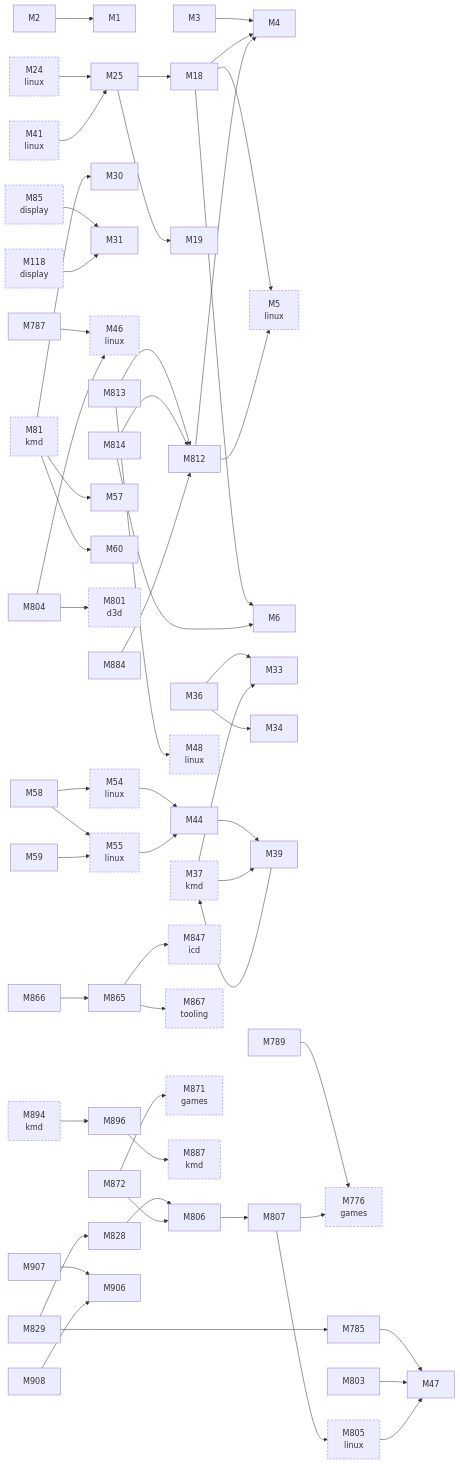
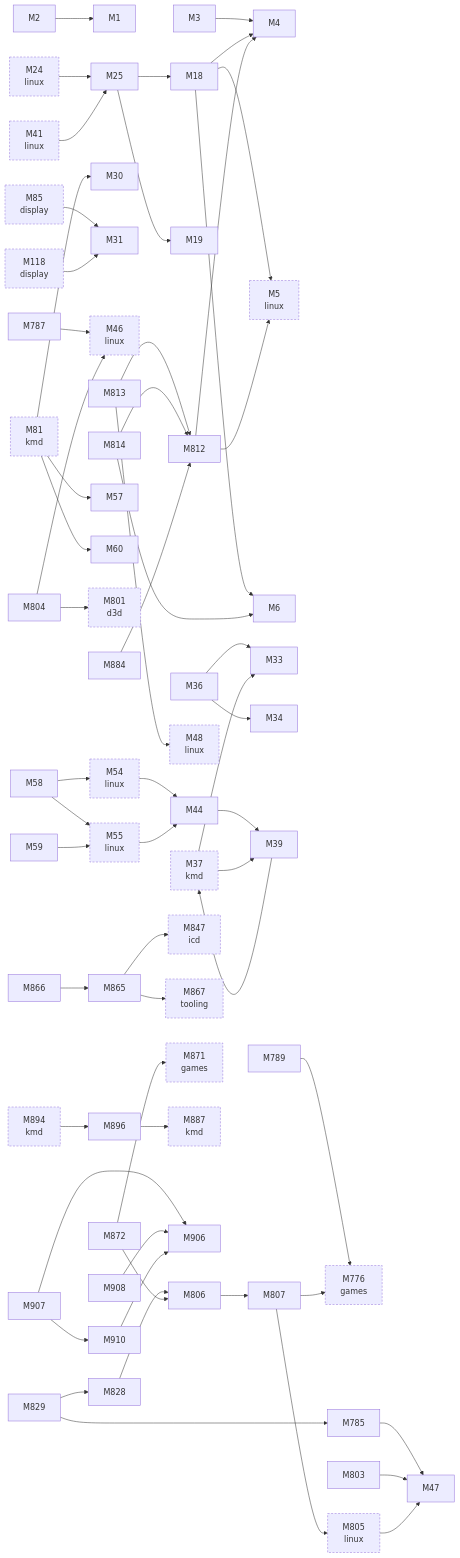
Before and after one commit to D-Ogi/amdgpu-wddm: the second of 3 diagrams in docs/facts/graphs/hardware.md, drawn with Mermaid. The commit also changed other lines of this file and 23 other files, not shown here.

```diff
--- a/docs/facts/graphs/hardware.md
+++ b/docs/facts/graphs/hardware.md
@@ -135,6 +138,7 @@
   M906["M906"]
   M907["M907"]
   M908["M908"]
+  M910["M910"]
   M2 --> M1
   M3 --> M4
   M18 --> M4
@@ -175,7 +179,9 @@
   M884 --> M812
   M896 --> M887
   M907 --> M906
+  M907 --> M910
   M908 --> M906
+  M910 --> M906
   M37 --> M33
   M37 --> M39
   M81 --> M30
```
